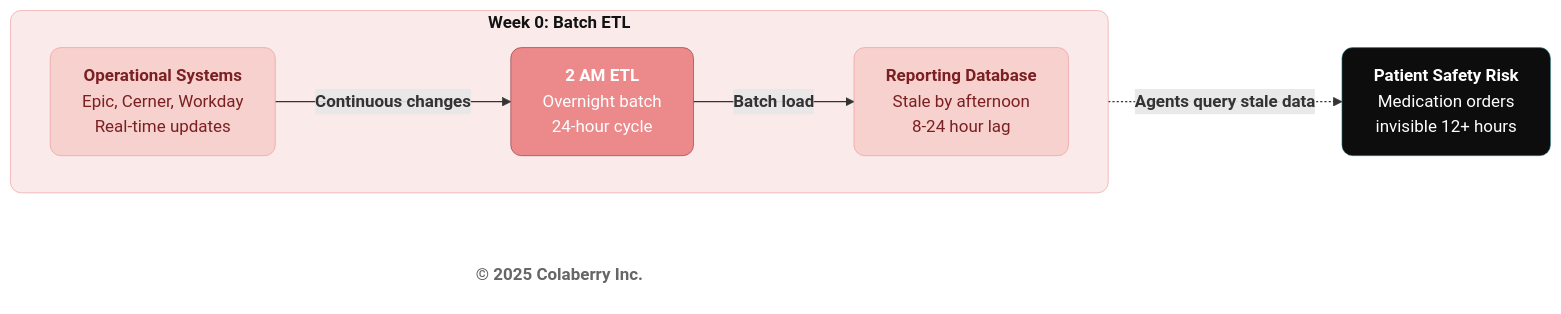
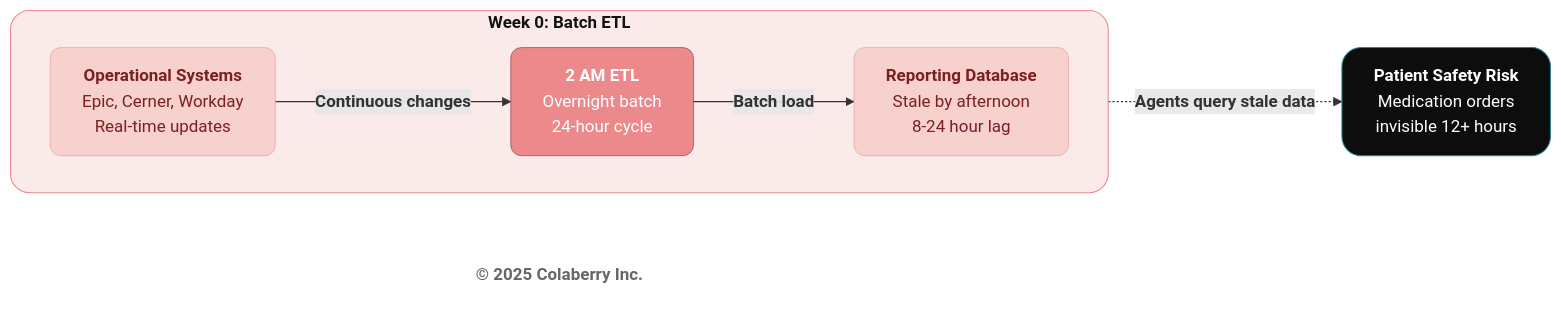
One commit to saitejesh-cyber/trust-before-intelligence-book changed the fourth of 11 diagrams in manuscript/05_chapter_4_foundation_layers.md. Above: the diagram before and after it, drawn with Mermaid. The commit also changed other lines of this file and 12 other files, not shown here.

````diff
--- a/manuscript/05_chapter_4_foundation_layers.md
+++ b/manuscript/05_chapter_4_foundation_layers.md
@@ -288,24 +288,24 @@
 ```mermaid
 graph LR
     subgraph ERA1["<b>Week 0: Batch ETL</b>"]
         direction LR
         OPS["<b>Operational Systems</b><br/>Epic, Cerner, Workday<br/>Real-time updates"]
         ETL["<b>2 AM ETL</b><br/>Overnight batch<br/>24-hour cycle"]
         REPORT["<b>Reporting Database</b><br/>Stale by afternoon<br/>8-24 hour lag"]
     end
     
     RISK["<b>Patient Safety Risk</b><br/>Medication orders<br/>invisible 12+ hours"]
     
     Copyright["<b>© 2025 Colaberry Inc.</b>"]
     
     OPS -->|<b>Continuous changes</b>| ETL
     ETL -->|<b>Batch load</b>| REPORT
     REPORT -.->|<b>Agents query stale data</b>| RISK
 
-    style ERA1 fill:#FBEAEA,stroke:#EB898B,stroke-width:0.5px,color:#121212,rx:10,ry:10
+    style ERA1 fill:#FBEAEA,stroke:#EB898B,stroke-width:1px,color:#121212,rx:18,ry:18
     style OPS fill:#F6D1CE,stroke:#EB898B,stroke-width:0.5px,color:#7A1F22,rx:10,ry:10
     style REPORT fill:#F6D1CE,stroke:#EB898B,stroke-width:0.5px,color:#7A1F22,rx:10,ry:10
     style ETL fill:#EB898B,color:#ffffff,stroke:#7A1F22,stroke-width:0.5px,rx:10,ry:10
-    style RISK fill:#0D0D0D,color:#ffffff,stroke:#30838C,stroke-width:0.5px,rx:10,ry:10
+    style RISK fill:#0D0D0D,color:#ffffff,stroke:#30838C,stroke-width:1px,rx:18,ry:18
     style Copyright fill:none,stroke:none,color:#666666
 ```
````
